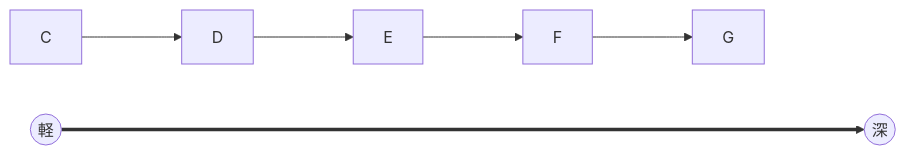
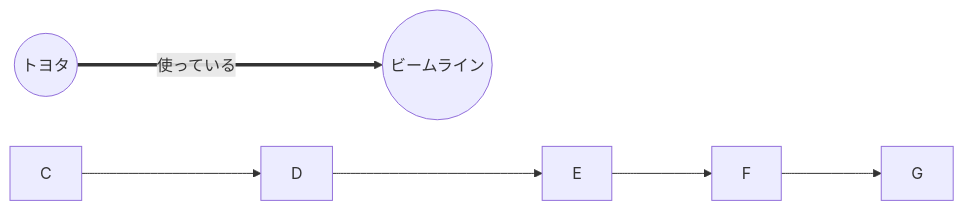
Before and after one commit to zanjibar/zanjibar.github.io: the diagram in w.md, drawn with Mermaid.

````diff
--- a/w.md
+++ b/w.md
@@ -3,5 +3,5 @@
 ```mermaid
 graph LR
-A((軽))============>B((深))
+A((トヨタ))====>|使っている|B((ビームライン))
 C--->D--->E--->F--->G
 ```
````
